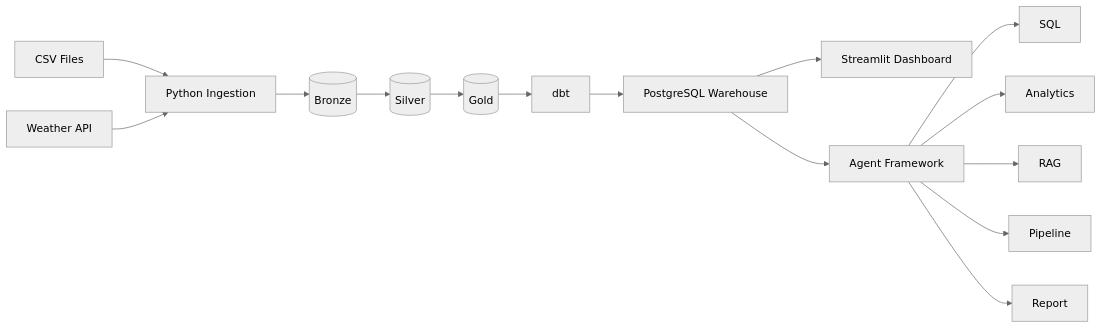
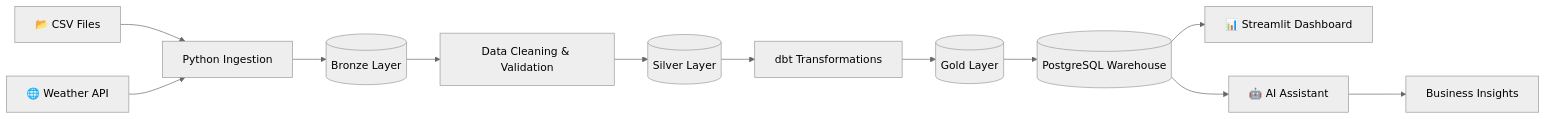
Before and after one commit to Dheerajyadav1/datapilot-platform: the third of 4 diagrams in README.md, drawn with Mermaid (neutral theme). The commit also changed other lines of this file, not shown here.

Commit message:
docs: major README overhaul with detailed platform documentation, architecture diagrams, and professional formatting

````diff
--- a/README.md
+++ b/README.md
@@ -60,17 +324,27 @@
-``` mermaid
+```mermaid
 flowchart LR
-    A[CSV Files] --> B[Python Ingestion]
-    C[Weather API] --> B
-    B --> D[(Bronze)]
-    D --> E[(Silver)]
-    E --> F[(Gold)]
-    F --> G[dbt]
-    G --> H[PostgreSQL Warehouse]
-    H --> I[Streamlit Dashboard]
-    H --> J[Agent Framework]
-    J --> K[SQL]
-    J --> L[Analytics]
-    J --> M[RAG]
-    J --> N[Pipeline]
-    J --> O[Report]
+
+    A[📂 CSV Files]
+    B[🌐 Weather API]
+
+    A --> C[Python Ingestion]
+    B --> C
+
+    C --> D[(Bronze Layer)]
+
+    D --> E[Data Cleaning & Validation]
+
+    E --> F[(Silver Layer)]
+
+    F --> G[dbt Transformations]
+
+    G --> H[(Gold Layer)]
+
+    H --> I[(PostgreSQL Warehouse)]
+
+    I --> J[📊 Streamlit Dashboard]
+
+    I --> K[🤖 AI Assistant]
+
+    K --> L[Business Insights]
 ```
````
